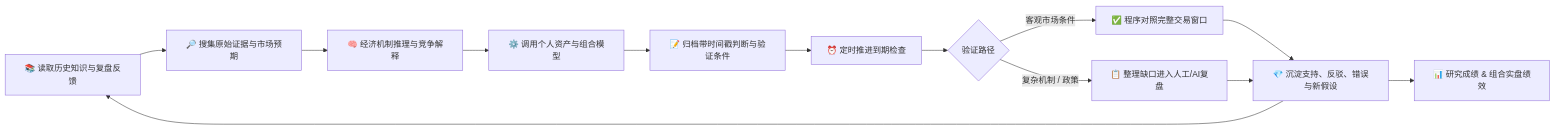
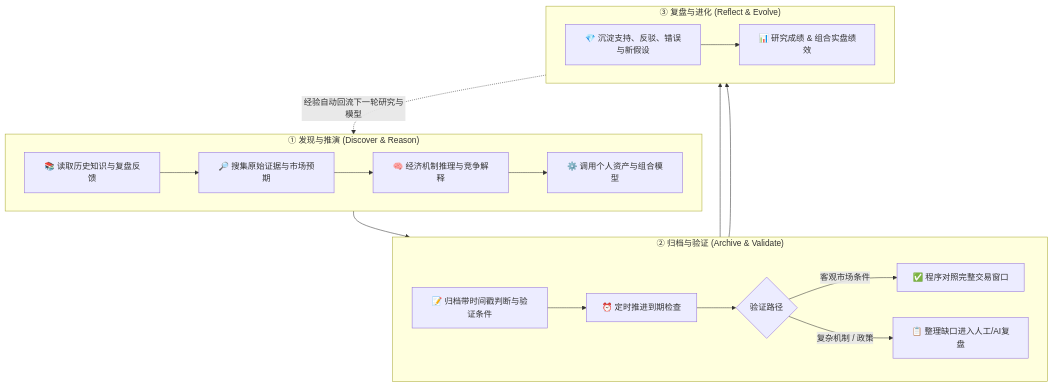
The diagram in README.md (wysking/quantitera), drawn with Mermaid before and after one commit. The commit also changed other lines of this file and 1 other file, not shown here.

Commit message:
Fix SVG badge width, CJK bold spacing, and Mermaid stage layout

````diff
--- a/README.md
+++ b/README.md
@@ -64,15 +64,27 @@
 ```mermaid
-flowchart LR
-    A["📚 读取历史知识与复盘反馈"] --> B["🔎 搜集原始证据与市场预期"]
-    B --> C["🧠 经济机制推理与竞争解释"]
-    C --> D["⚙️ 调用个人资产与组合模型"]
-    D --> E["📝 归档带时间戳判断与验证条件"]
-    E --> F["⏰ 定时推进到期检查"]
-    F --> G{"验证路径"}
-    G -->|"客观市场条件"| H["✅ 程序对照完整交易窗口"]
-    G -->|"复杂机制 / 政策"| I["📋 整理缺口进入人工/AI复盘"]
-    H --> J["💎 沉淀支持、反驳、错误与新假设"]
+flowchart TB
+    subgraph S1["① 发现与推演 (Discover & Reason)"]
+        direction LR
+        A["📚 读取历史知识与复盘反馈"] --> B["🔎 搜集原始证据与市场预期"]
+        B --> C["🧠 经济机制推理与竞争解释"]
+        C --> D["⚙️ 调用个人资产与组合模型"]
+    end
+
+    subgraph S2["② 归档与验证 (Archive & Validate)"]
+        direction LR
+        E["📝 归档带时间戳判断与验证条件"] --> F["⏰ 定时推进到期检查"]
+        F --> G{"验证路径"}
+        G -->|"客观市场条件"| H["✅ 程序对照完整交易窗口"]
+        G -->|"复杂机制 / 政策"| I["📋 整理缺口进入人工/AI复盘"]
+    end
+
+    subgraph S3["③ 复盘与进化 (Reflect & Evolve)"]
+        direction LR
+        J["💎 沉淀支持、反驳、错误与新假设"] --> K["📊 研究成绩 & 组合实盘绩效"]
+    end
+
+    D --> E
+    H --> J
     I --> J
-    J --> A
-    J --> K["📊 研究成绩 & 组合实盘绩效"]
+    J -.->|"经验自动回流下一轮研究与模型"| A
 ```
````
